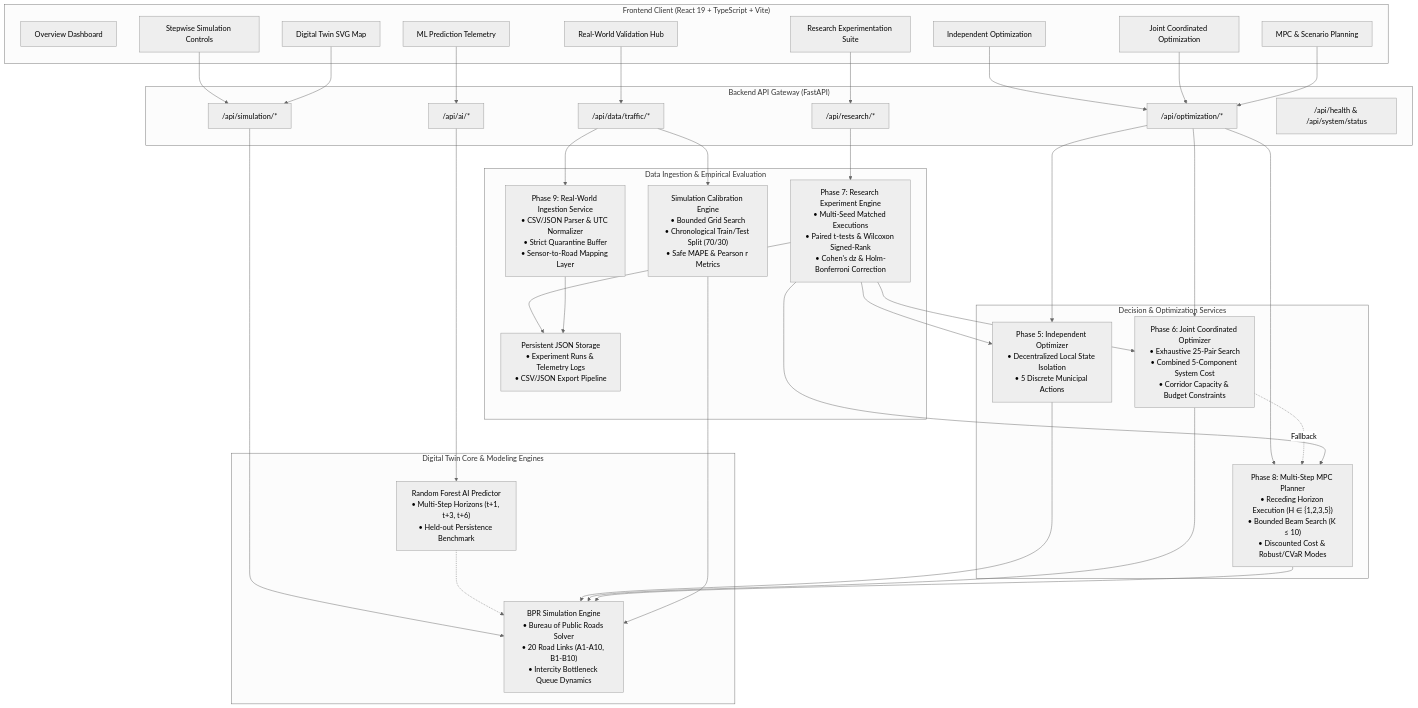
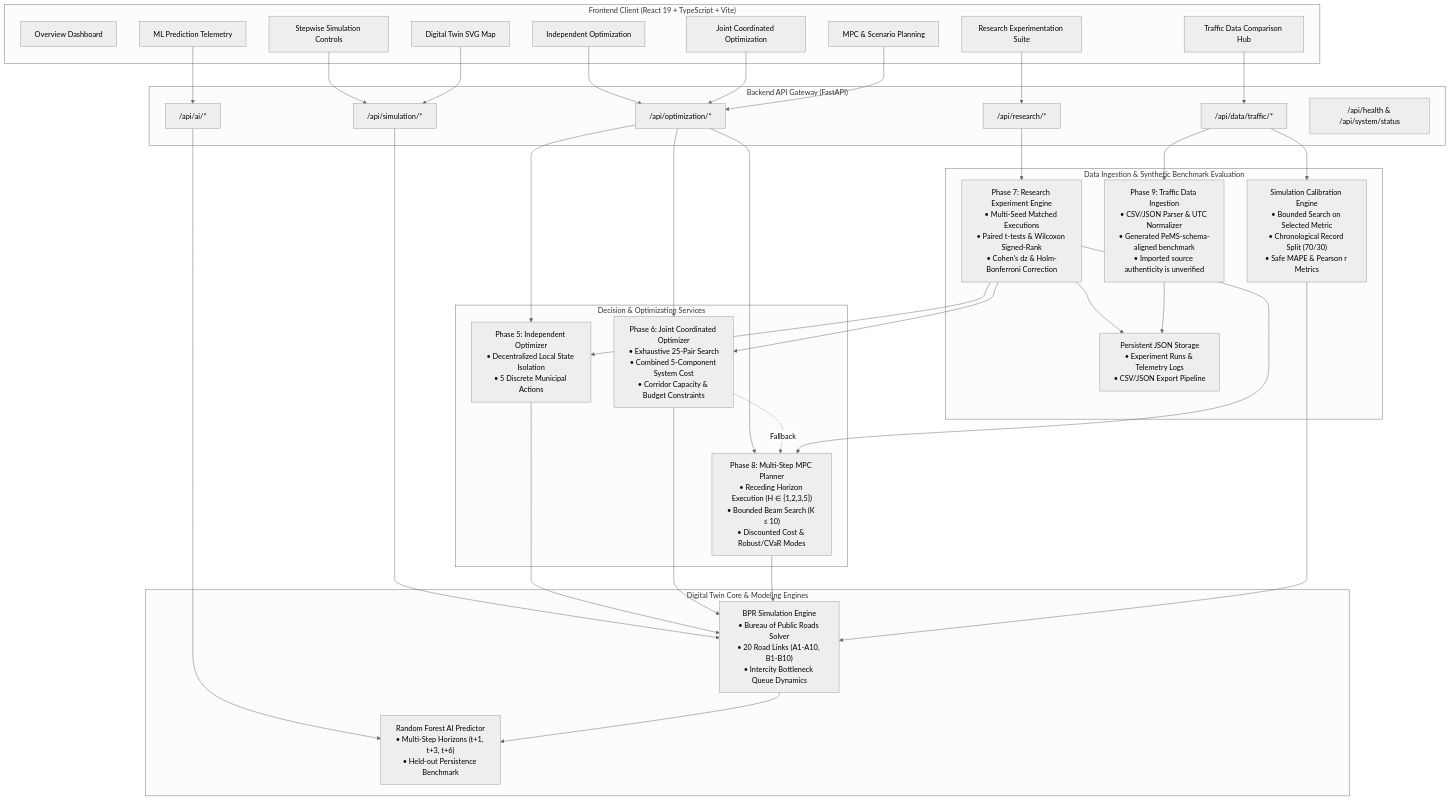
The first of 4 diagrams in docs/ARCHITECTURE_AND_WORKFLOWS.md (Manoj182191/Ai-Driven-Twin-Cities-optimizition-), drawn with Mermaid (neutral theme) before and after one commit. The commit also changed other lines of this file and 19 other files, not shown here.

````diff
--- a/docs/ARCHITECTURE_AND_WORKFLOWS.md
+++ b/docs/ARCHITECTURE_AND_WORKFLOWS.md
@@ -13,74 +13,74 @@
 ```mermaid
 graph TB
     subgraph Frontend_Client["Frontend Client (React 19 + TypeScript + Vite)"]
         UI_Dash["Overview Dashboard"]
         UI_Twin["Digital Twin SVG Map"]
         UI_Sim["Stepwise Simulation Controls"]
         UI_AI["ML Prediction Telemetry"]
         UI_OptIndep["Independent Optimization"]
         UI_OptCoord["Joint Coordinated Optimization"]
         UI_MPC["MPC & Scenario Planning"]
-        UI_RealWorld["Real-World Validation Hub"]
+        UI_RealWorld["Traffic Data Comparison Hub"]
         UI_Research["Research Experimentation Suite"]
     end
 
     subgraph Backend_Gateway["Backend API Gateway (FastAPI)"]
         API_Sim["/api/simulation/*"]
         API_AI["/api/ai/*"]
         API_Opt["/api/optimization/*"]
         API_Research["/api/research/*"]
         API_Data["/api/data/traffic/*"]
         API_Health["/api/health & /api/system/status"]
     end
 
     subgraph Core_Engines["Digital Twin Core & Modeling Engines"]
         SimEngine["BPR Simulation Engine<br/>• Bureau of Public Roads Solver<br/>• 20 Road Links (A1-A10, B1-B10)<br/>• Intercity Bottleneck Queue Dynamics"]
         MLPredictor["Random Forest AI Predictor<br/>• Multi-Step Horizons (t+1, t+3, t+6)<br/>• Held-out Persistence Benchmark"]
     end
 
     subgraph Optimization_Services["Decision & Optimization Services"]
         IndepOpt["Phase 5: Independent Optimizer<br/>• Decentralized Local State Isolation<br/>• 5 Discrete Municipal Actions"]
         CoordOpt["Phase 6: Joint Coordinated Optimizer<br/>• Exhaustive 25-Pair Search<br/>• Combined 5-Component System Cost<br/>• Corridor Capacity & Budget Constraints"]
         MPCOpt["Phase 8: Multi-Step MPC Planner<br/>• Receding Horizon Execution (H ∈ {1,2,3,5})<br/>• Bounded Beam Search (K ≤ 10)<br/>• Discounted Cost & Robust/CVaR Modes"]
     end
 
-    subgraph Data_Research_Services["Data Ingestion & Empirical Evaluation"]
-        RealWorldSvc["Phase 9: Real-World Ingestion Service<br/>• CSV/JSON Parser & UTC Normalizer<br/>• Strict Quarantine Buffer<br/>• Sensor-to-Road Mapping Layer"]
-        CalibEngine["Simulation Calibration Engine<br/>• Bounded Grid Search<br/>• Chronological Train/Test Split (70/30)<br/>• Safe MAPE & Pearson r Metrics"]
+    subgraph Data_Research_Services["Data Ingestion & Synthetic Benchmark Evaluation"]
+        RealWorldSvc["Phase 9: Traffic Data Ingestion<br/>• CSV/JSON Parser & UTC Normalizer<br/>• Generated PeMS-schema-aligned benchmark<br/>• Imported source authenticity is unverified"]
+        CalibEngine["Simulation Calibration Engine<br/>• Bounded Search on Selected Metric<br/>• Chronological Record Split (70/30)<br/>• Safe MAPE & Pearson r Metrics"]
         ResearchRunner["Phase 7: Research Experiment Engine<br/>• Multi-Seed Matched Executions<br/>• Paired t-tests & Wilcoxon Signed-Rank<br/>• Cohen's dz & Holm-Bonferroni Correction"]
         StorageEngine["Persistent JSON Storage<br/>• Experiment Runs & Telemetry Logs<br/>• CSV/JSON Export Pipeline"]
     end
 
     %% Client to API Connections
     UI_Sim --> API_Sim
     UI_Twin --> API_Sim
     UI_AI --> API_AI
     UI_OptIndep --> API_Opt
     UI_OptCoord --> API_Opt
     UI_MPC --> API_Opt
     UI_RealWorld --> API_Data
     UI_Research --> API_Research
 
     %% Gateway to Services
     API_Sim --> SimEngine
     API_AI --> MLPredictor
     API_Opt --> IndepOpt
     API_Opt --> CoordOpt
     API_Opt --> MPCOpt
     API_Data --> RealWorldSvc
     API_Data --> CalibEngine
     API_Research --> ResearchRunner
 
     %% Inter-service connections
-    MLPredictor -.-> SimEngine
+    SimEngine --> MLPredictor
     IndepOpt --> SimEngine
     CoordOpt --> SimEngine
     MPCOpt --> SimEngine
     CoordOpt -. Fallback .-> MPCOpt
     CalibEngine --> SimEngine
     ResearchRunner --> IndepOpt
     ResearchRunner --> CoordOpt
     ResearchRunner --> MPCOpt
     ResearchRunner --> StorageEngine
     RealWorldSvc --> StorageEngine
 ```
````
